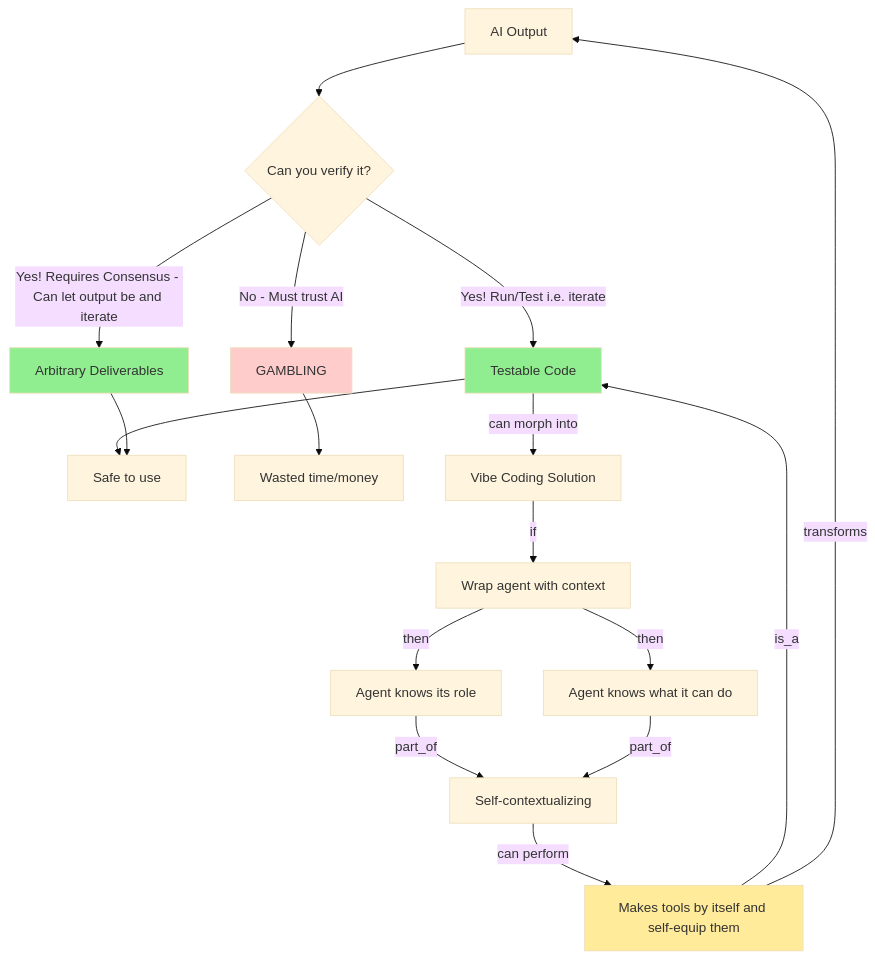
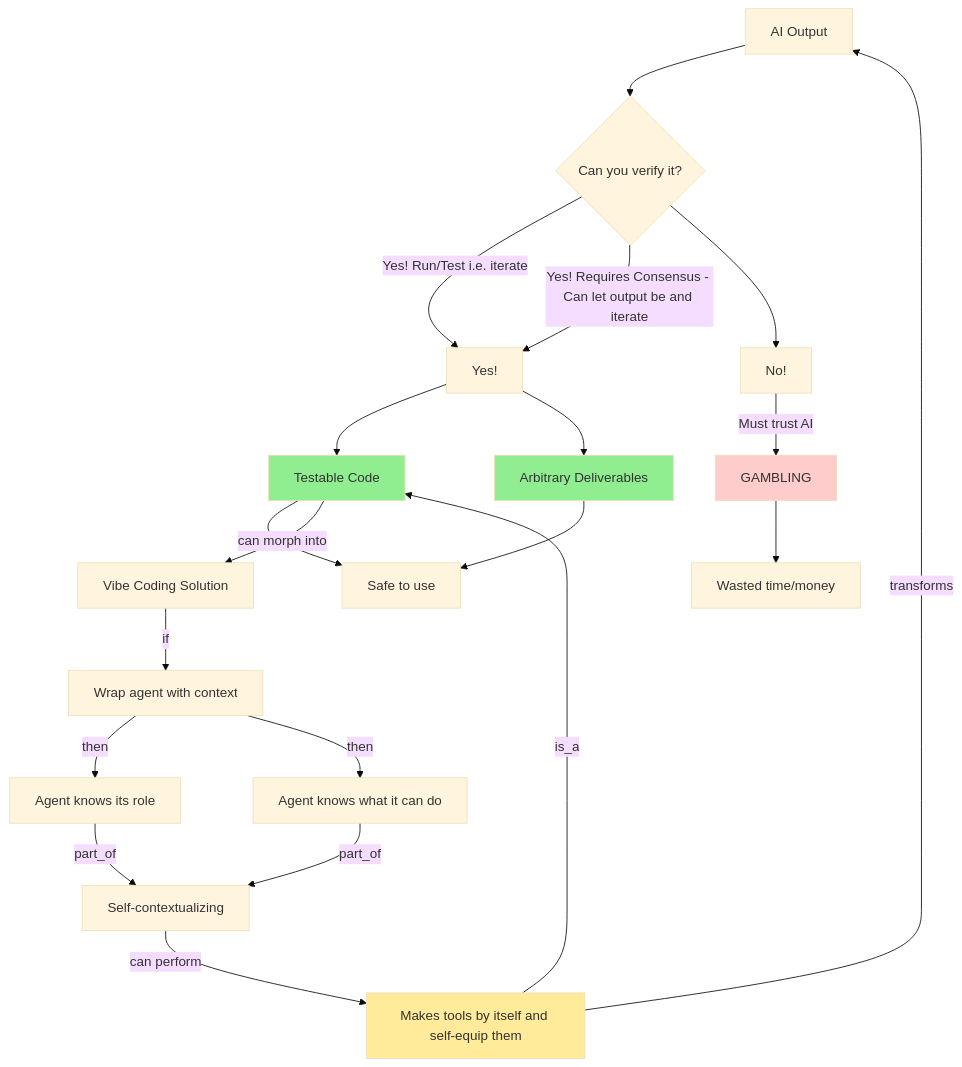
Before and after one commit to sancovp/starship-mcp: the diagram in docs/diagrams/0_BaseSituation.mermaid, drawn with Mermaid (base theme).

```diff
--- a/docs/diagrams/0_BaseSituation.mermaid
+++ b/docs/diagrams/0_BaseSituation.mermaid
@@ -1,24 +1,27 @@
 flowchart TD
     A[AI Output] --> B{Can you verify it?}
-    B -->|Yes! Run/Test i.e. iterate| C[Testable Code]
-    B -->|Yes! Requires Consensus - Can let output be and iterate| D[Arbitrary Deliverables]
-    B -->|No - Must trust AI| E[GAMBLING]
+    B -->|Yes! Run/Test i.e. iterate| N[Yes!]
+    N --> C[Testable Code]
+    B -->|Yes! Requires Consensus - Can let output be and iterate| N
+    N --> D[Arbitrary Deliverables]
+    B --> O[No!]
+    O --> |Must trust AI| E[GAMBLING]
     
     C --> F[Safe to use]
     D --> F
     E --> G[Wasted time/money]
     
     H[Vibe Coding Solution] -->|if| I[Wrap agent with context]
     I -->|then| J[Agent knows its role]
     I -->|then| K[Agent knows what it can do]
     J -->|part_of| L[Self-contextualizing]
     K -->|part_of| L
     L -->|can perform| M[Makes tools by itself and self-equip them]
     M -->|is_a| C
     C -->|can morph into| H
     M -->|transforms| A
     
     style C fill:#90EE90
     style D fill:#90EE90
     style E fill:#ffcccc
     style M fill:#ffeb99
```
